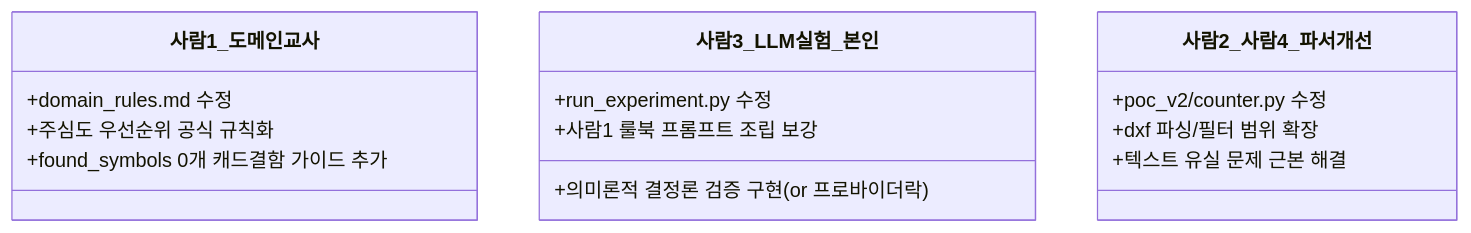
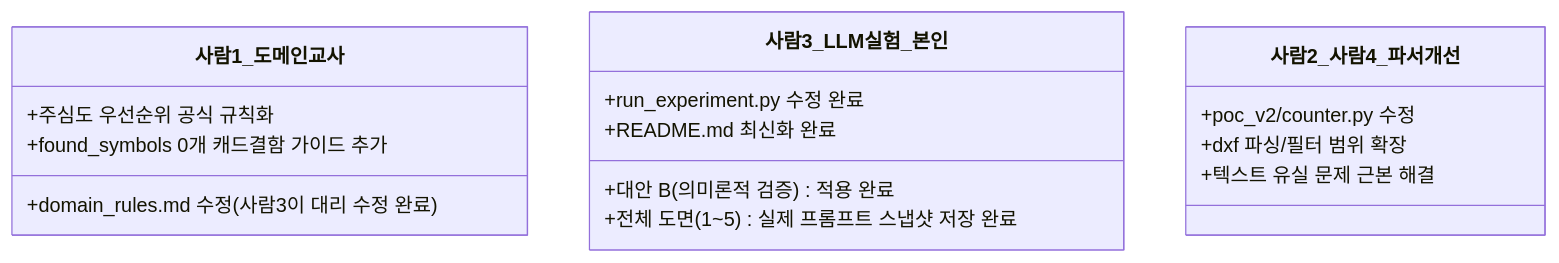
The diagram in docs/사람3_산출물_검토_조치보고서.md (rangedayo/steel-qto), drawn with Mermaid before and after one commit. The commit also changed other lines of this file and 19 other files, not shown here.

````diff
--- a/docs/사람3_산출물_검토_조치보고서.md
+++ b/docs/사람3_산출물_검토_조치보고서.md
@@ -169,18 +137,19 @@
 ```mermaid
 classDiagram
     class 사람1_도메인교사 {
-        +domain_rules.md 수정
+        +domain_rules.md 수정 (사람3이 대리 수정 완료)
         +주심도 우선순위 공식 규칙화
         +found_symbols 0개 캐드결함 가이드 추가
     }
     class 사람3_LLM실험_본인 {
-        +run_experiment.py 수정
-        +의미론적 결정론 검증 구현 (or 프로바이더락)
-        +사람1 룰북 프롬프트 조립 보강
+        +run_experiment.py 수정 완료
+        +대안 B (의미론적 검증) 적용 완료
+        +전체 도면(1~5) 실제 프롬프트 스냅샷 저장 완료
+        +README.md 최신화 완료
     }
     class 사람2_사람4_파서개선 {
         +poc_v2/counter.py 수정
         +dxf 파싱/필터 범위 확장
         +텍스트 유실 문제 근본 해결
     }
 ```
````
